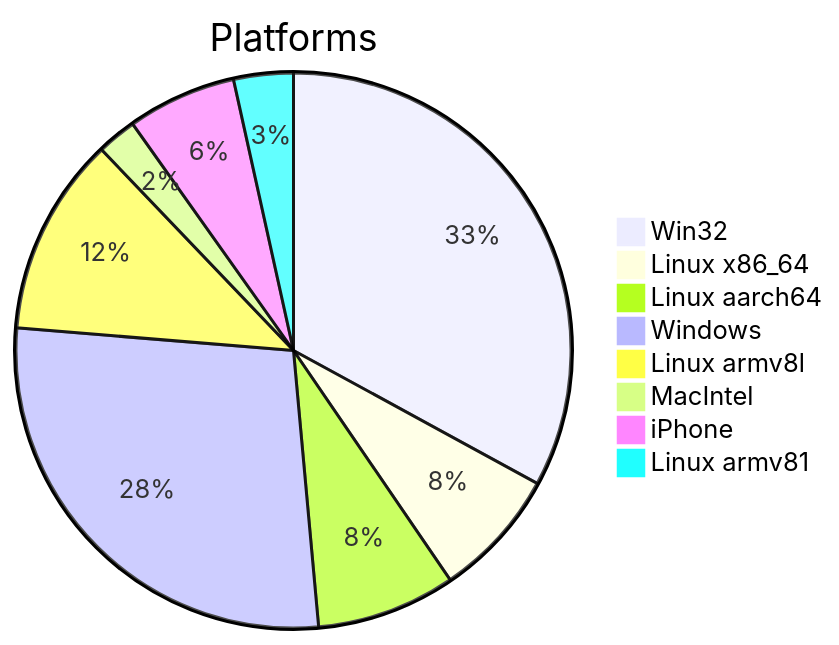
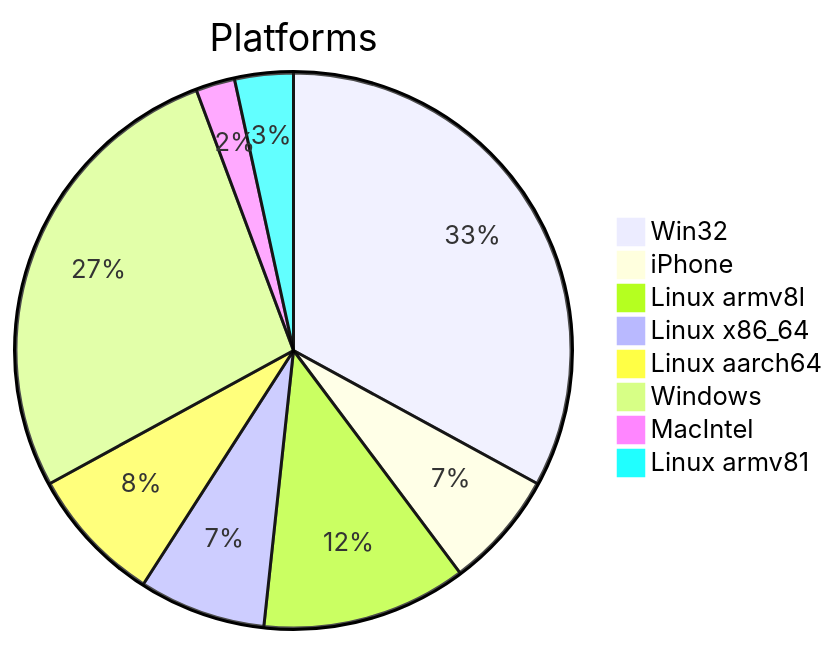
One commit to Krugou/socials changed the first of 2 diagrams in DATA_REPORT.md. Above: the diagram before and after it, drawn with Mermaid. The commit also changed other lines of this file and 2 other files, not shown here.

````diff
--- a/DATA_REPORT.md
+++ b/DATA_REPORT.md
@@ -9,11 +9,11 @@
 ```mermaid
 pie title Platforms
-    "Win32" : 57
+    "Win32" : 58
+    "iPhone" : 12
+    "Linux armv8l" : 21
     "Linux x86_64" : 13
     "Linux aarch64" : 14
     "Windows" : 48
-    "Linux armv8l" : 20
     "MacIntel" : 4
-    "iPhone" : 11
     "Linux armv81" : 6
 ```
````
